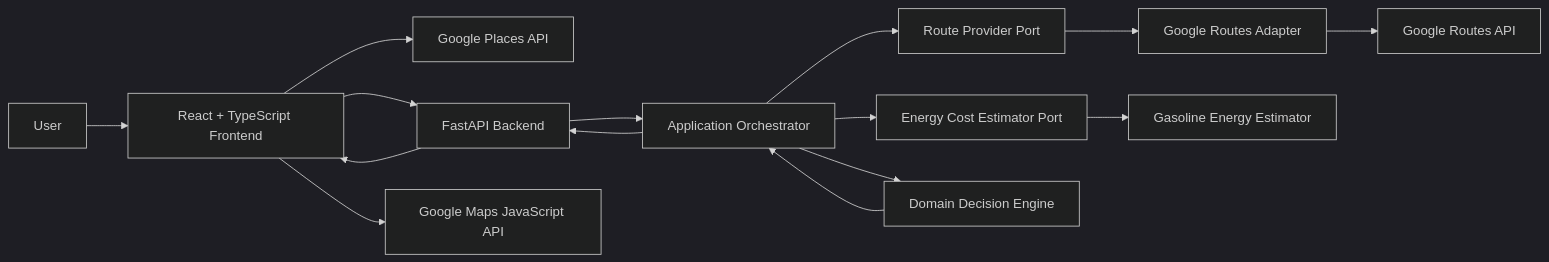
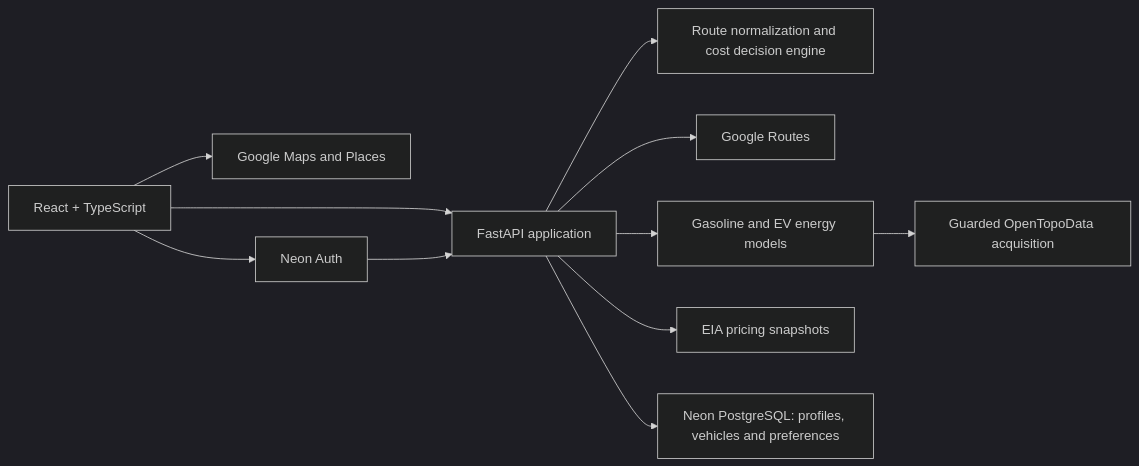
Before and after one commit to rohittrajesh/routevalue: the diagram in README.md, drawn with Mermaid (dark theme). The commit also changed other lines of this file, not shown here.

Commit message:
Refresh README for deployed RouteValue V2

````diff
--- a/README.md
+++ b/README.md
@@ -134,24 +51,13 @@
 ```mermaid
 flowchart LR
-    U[User] --> F[React + TypeScript Frontend]
-
-    F --> P[Google Places API]
-    F --> B[FastAPI Backend]
-
-    B --> A[Application Orchestrator]
-    A --> R[Route Provider Port]
-    A --> E[Energy Cost Estimator Port]
-
-    R --> G[Google Routes Adapter]
-    G --> GR[Google Routes API]
-
-    E --> GE[Gasoline Energy Estimator]
-
-    A --> D[Domain Decision Engine]
-
-    D --> A
-    A --> B
-    B --> F
-
-    F --> M[Google Maps JavaScript API]
+    UI[React + TypeScript] --> API[FastAPI application]
+    UI --> MAP[Google Maps and Places]
+    API --> DOMAIN[Route normalization and cost decision engine]
+    API --> ROUTES[Google Routes]
+    API --> ENERGY[Gasoline and EV energy models]
+    ENERGY --> TERRAIN[Guarded OpenTopoData acquisition]
+    API --> PRICES[EIA pricing snapshots]
+    API --> DB[Neon PostgreSQL: profiles, vehicles and preferences]
+    UI --> AUTH[Neon Auth]
+    AUTH --> API
 ```
````
